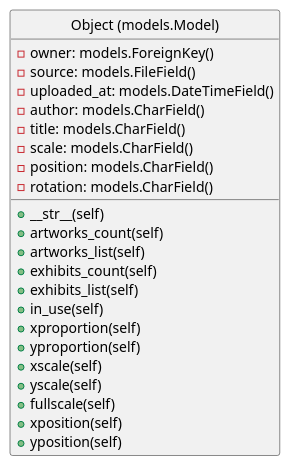
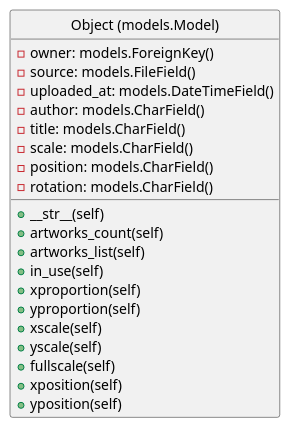
One commit to memeLab/Jandig changed the diagram in docs/images/plantUML/class-diagram-object.puml. Above: the diagram before and after it, drawn with PlantUML. The commit also changed 4 other files, not shown here.

```diff
--- a/docs/images/plantUML/class-diagram-object.puml
+++ b/docs/images/plantUML/class-diagram-object.puml
@@ -1,29 +1,27 @@
 @startuml
 
 hide circle
 
 class "Object (models.Model)" as C {
   {field} - owner: models.ForeignKey()
   {field} - source: models.FileField()
   {field} - uploaded_at: models.DateTimeField()
   {field} - author: models.CharField() 
   {field} - title: models.CharField()
   {field} - scale: models.CharField()
   {field} - position: models.CharField()
   {field} - rotation: models.CharField()
   {method} + __str__(self) 
   {method} + artworks_count(self)
   {method} + artworks_list(self)
-  {method} + exhibits_count(self)
-  {method} + exhibits_list(self)
   {method} + in_use(self) 
   {method} + xproportion(self)
   {method} + yproportion(self)
   {method} + xscale(self)
   {method} + yscale(self)
   {method} + fullscale(self)
   {method} + xposition(self)
   {method} + yposition(self)
 }
  
 @enduml
```
